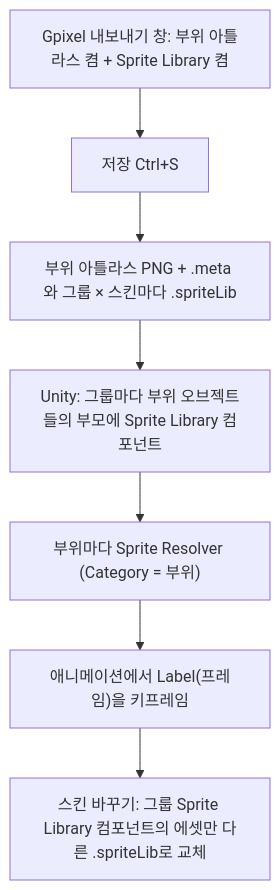
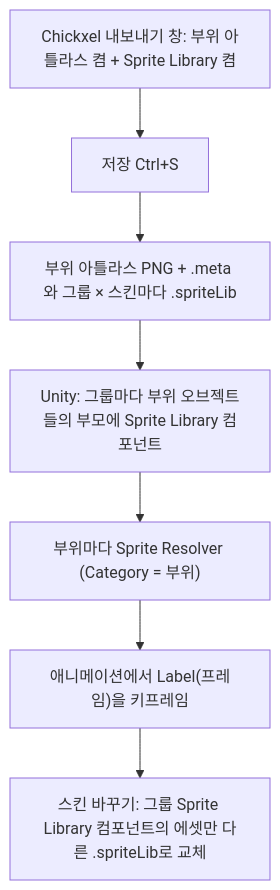
Before and after one commit to 1000Pro-1997/Chickxel: the eighth of 10 diagrams in 가이드-이미지.md, drawn with Mermaid. The commit also changed other lines of this file and 1357 other files, not shown here.

````diff
--- a/가이드-이미지.md
+++ b/가이드-이미지.md
@@ -392,9 +392,9 @@
 ```mermaid
 flowchart TD
-    A["Gpixel 내보내기 창: 부위 아틀라스 켬 + Sprite Library 켬"] --> B["저장 Ctrl+S"]
+    A["Chickxel 내보내기 창: 부위 아틀라스 켬 + Sprite Library 켬"] --> B["저장 Ctrl+S"]
     B --> C["부위 아틀라스 PNG + .meta 와 그룹 × 스킨마다 .spriteLib"]
     C --> D["Unity: 그룹마다 부위 오브젝트들의 부모에 Sprite Library 컴포넌트"]
     D --> E["부위마다 Sprite Resolver (Category = 부위)"]
     E --> F["애니메이션에서 Label(프레임)을 키프레임"]
     F --> G["스킨 바꾸기: 그룹 Sprite Library 컴포넌트의 에셋만 다른 .spriteLib로 교체"]
 ```
````
